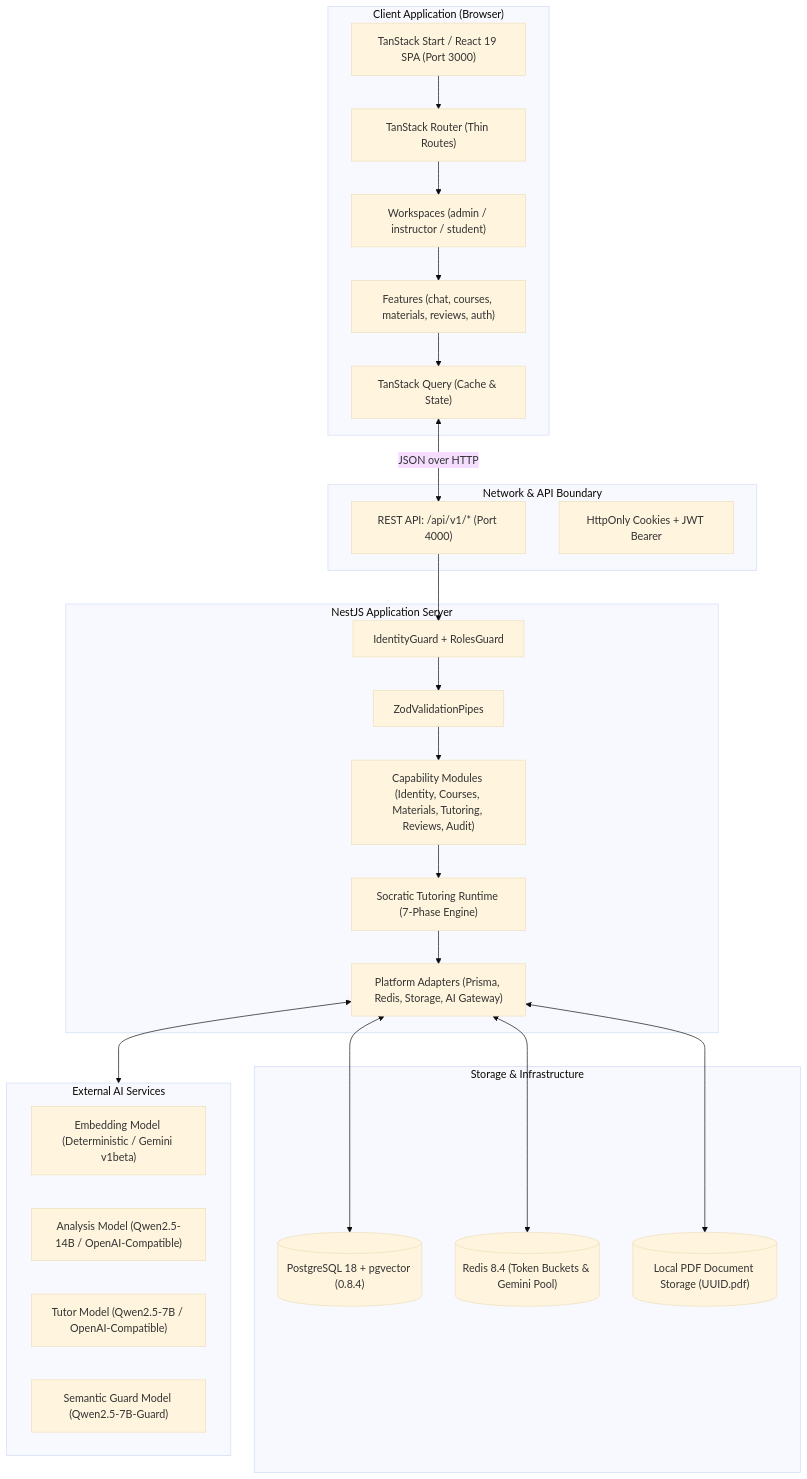
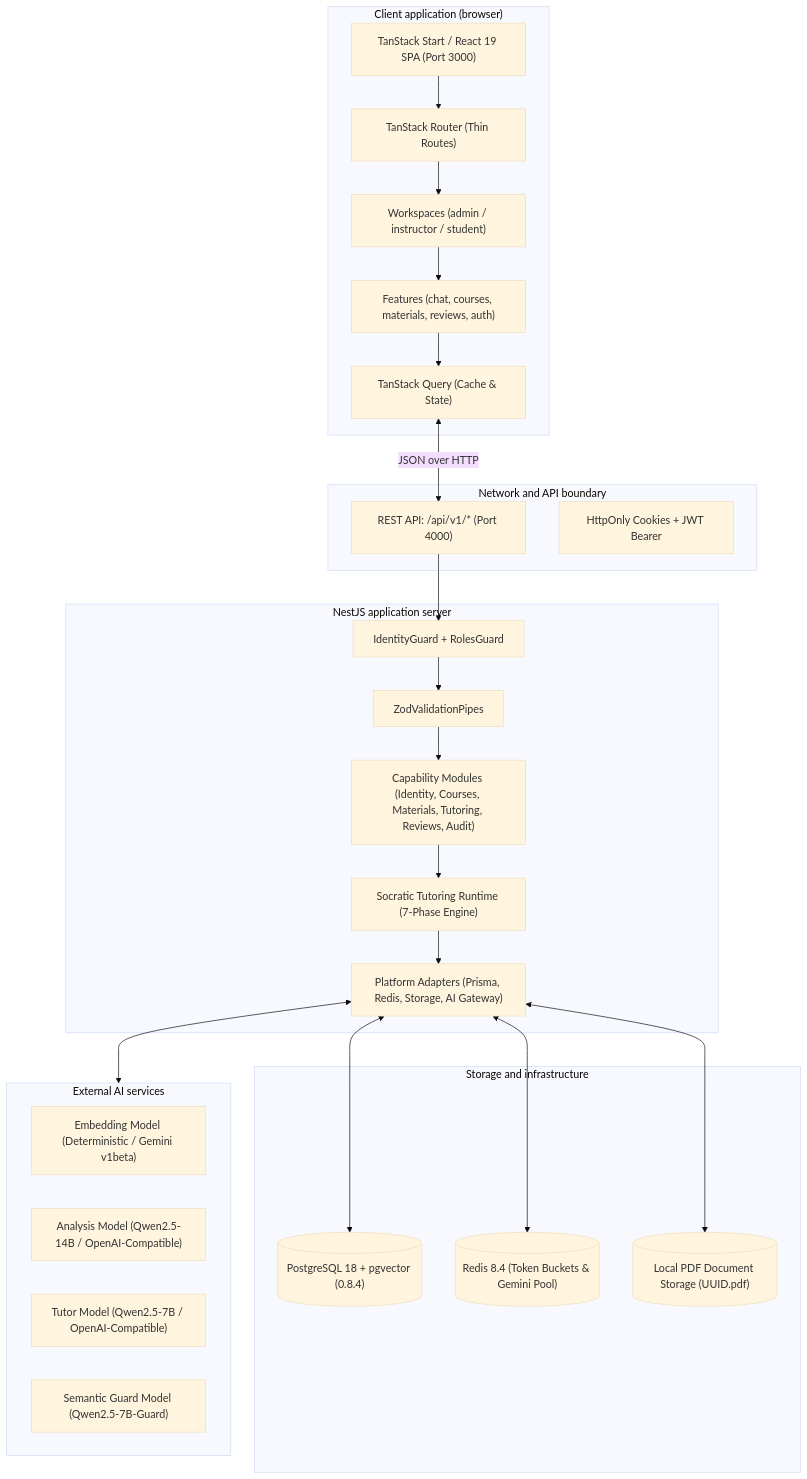
Before and after one commit to MahmoudAhmed184/Morshid: the third of 3 diagrams in docs/developer-guide/01-system-overview.md, drawn with Mermaid (base theme). The commit also changed other lines of this file and 19 other files, not shown here.

````diff
--- a/docs/developer-guide/01-system-overview.md
+++ b/docs/developer-guide/01-system-overview.md
@@ -86,47 +87,47 @@
 ```mermaid
 flowchart TB
-    subgraph Browser["Client Application (Browser)"]
+    subgraph Browser["Client application (browser)"]
         UI["TanStack Start / React 19 SPA (Port 3000)"]
         Router["TanStack Router (Thin Routes)"]
         Workspaces["Workspaces (admin / instructor / student)"]
         Features["Features (chat, courses, materials, reviews, auth)"]
         Query["TanStack Query (Cache & State)"]
         
         UI --> Router --> Workspaces --> Features --> Query
     end
 
-    subgraph Network["Network & API Boundary"]
+    subgraph Network["Network and API boundary"]
         HTTP["REST API: /api/v1/* (Port 4000)"]
         AuthCook["HttpOnly Cookies + JWT Bearer"]
     end
 
-    subgraph Backend["NestJS Application Server"]
+    subgraph Backend["NestJS application server"]
         Guards["IdentityGuard + RolesGuard"]
         Pipes["ZodValidationPipes"]
         Modules["Capability Modules (Identity, Courses, Materials, Tutoring, Reviews, Audit)"]
         Runtime["Socratic Tutoring Runtime (7-Phase Engine)"]
         Platform["Platform Adapters (Prisma, Redis, Storage, AI Gateway)"]
         
         Guards --> Pipes --> Modules --> Runtime --> Platform
     end
 
-    subgraph Persistence["Storage & Infrastructure"]
+    subgraph Persistence["Storage and infrastructure"]
         PG[("PostgreSQL 18 + pgvector (0.8.4)")]
         Redis[("Redis 8.4 (Token Buckets & Gemini Pool)")]
         PDFStore[("Local PDF Document Storage (UUID.pdf)")]
     end
 
-    subgraph ExternalAI["External AI Services"]
+    subgraph ExternalAI["External AI services"]
         EmbedModel["Embedding Model (Deterministic / Gemini v1beta)"]
         LLMAnalysis["Analysis Model (Qwen2.5-14B / OpenAI-Compatible)"]
         LLMTutor["Tutor Model (Qwen2.5-7B / OpenAI-Compatible)"]
         LLMGuard["Semantic Guard Model (Qwen2.5-7B-Guard)"]
     end
 
     Query <-->|JSON over HTTP| HTTP
     HTTP --> Guards
     Platform <--> PG
     Platform <--> Redis
     Platform <--> PDFStore
     Platform <--> ExternalAI
 ```
````
